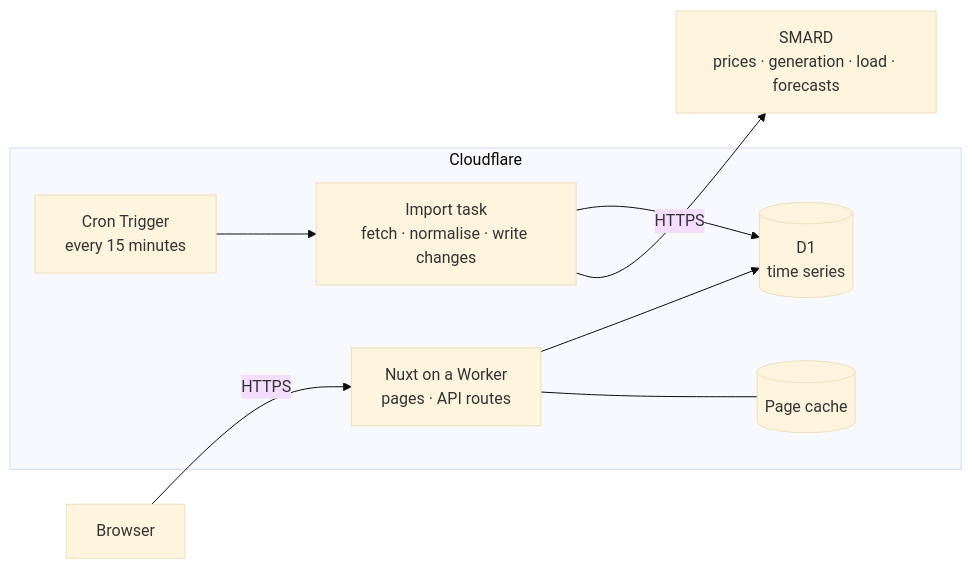
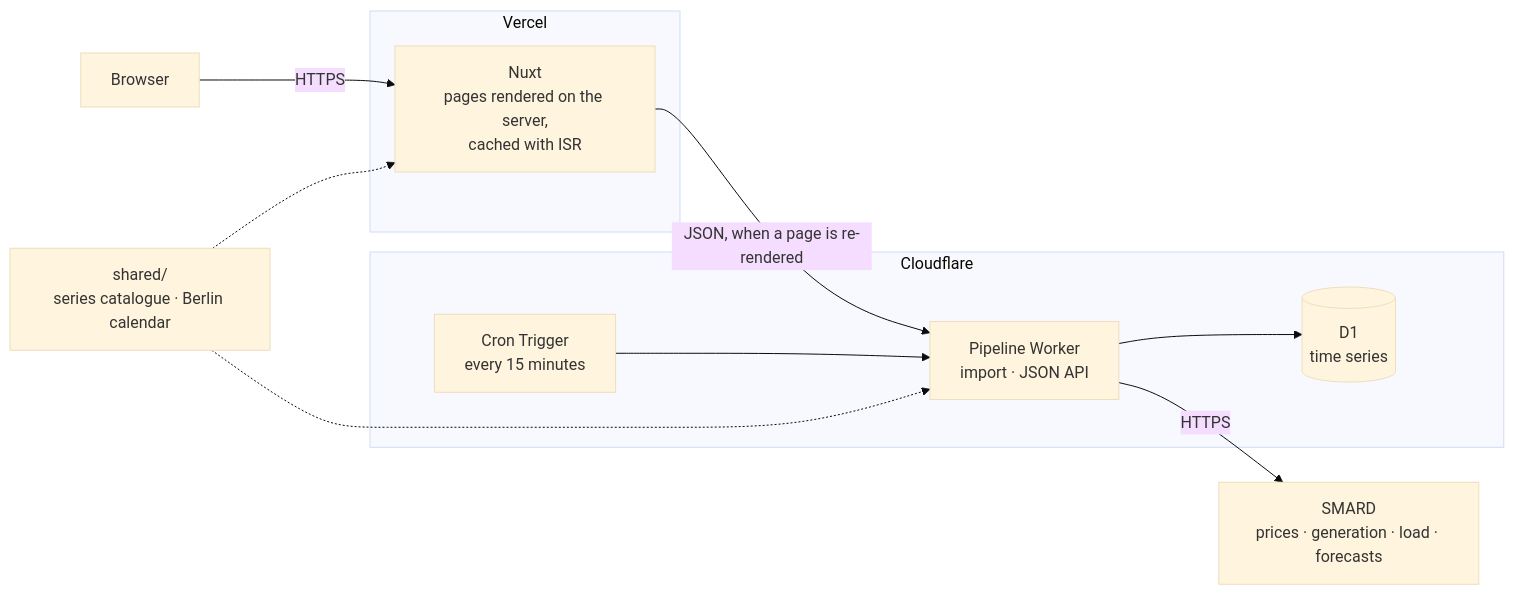
The diagram in README.md (Grigormrd/stromfenster), drawn with Mermaid (base theme) before and after one commit. The commit also changed other lines of this file and 31 other files, not shown here.

First line of the commit message:
refactor: move the data pipeline into its own Worker (#4)

````diff
--- a/README.md
+++ b/README.md
@@ -32,12 +31,16 @@
 ```mermaid
 flowchart LR
   SMARD["SMARD<br/>prices · generation · load · forecasts"]
   subgraph Cloudflare
-    Cron["Cron Trigger<br/>every 15 minutes"] --> Import["Import task<br/>fetch · normalise · write changes"]
-    Import --> DB[("D1<br/>time series")]
-    Worker["Nuxt on a Worker<br/>pages · API routes"] --> DB
-    Worker --- Cache[("Page cache")]
+    Cron["Cron Trigger<br/>every 15 minutes"] --> Worker["Pipeline Worker<br/>import · JSON API"]
+    Worker --> DB[("D1<br/>time series")]
   end
-  Browser -- "HTTPS" --> Worker
-  Import -- "HTTPS" --> SMARD
+  subgraph Vercel
+    Web["Nuxt<br/>pages rendered on the server,<br/>cached with ISR"]
+  end
+  Browser -- "HTTPS" --> Web
+  Web -- "JSON, when a page is re-rendered" --> Worker
+  Worker -- "HTTPS" --> SMARD
+  Shared["shared/<br/>series catalogue · Berlin calendar"] -.-> Web
+  Shared -.-> Worker
 ```
````
